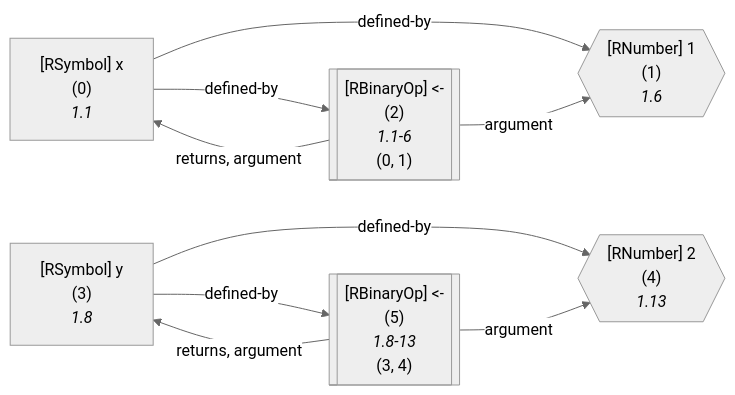
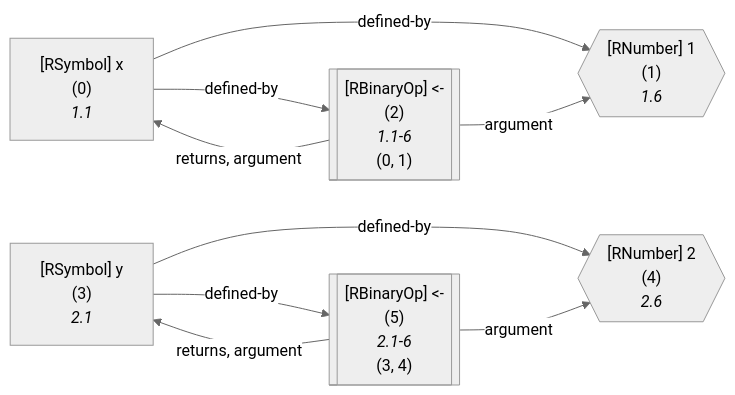
Before and after one commit to flowr-analysis/flowr: the third of 6 diagrams in wiki/Query API.md, drawn with Mermaid (neutral theme). The commit also changed other lines of this file, not shown here.

````diff
--- a/wiki/Query API.md
+++ b/wiki/Query API.md
@@ -1670,31 +1680,31 @@
 ```mermaid
 flowchart LR
     1{{"`#91;RNumber#93; 1
       (1)
       *1.6*`"}}
     0["`#91;RSymbol#93; x
       (0)
       *1.1*`"]
     2[["`#91;RBinaryOp#93; #60;#45;
       (2)
       *1.1-6*
     (0, 1)`"]]
     4{{"`#91;RNumber#93; 2
       (4)
-      *1.13*`"}}
+      *2.6*`"}}
     3["`#91;RSymbol#93; y
       (3)
-      *1.8*`"]
+      *2.1*`"]
     5[["`#91;RBinaryOp#93; #60;#45;
       (5)
-      *1.8-13*
+      *2.1-6*
     (3, 4)`"]]
     0 -->|"defined-by"| 1
     0 -->|"defined-by"| 2
     2 -->|"argument"| 1
     2 -->|"returns, argument"| 0
     3 -->|"defined-by"| 4
     3 -->|"defined-by"| 5
     5 -->|"argument"| 4
     5 -->|"returns, argument"| 3
 ```
````
